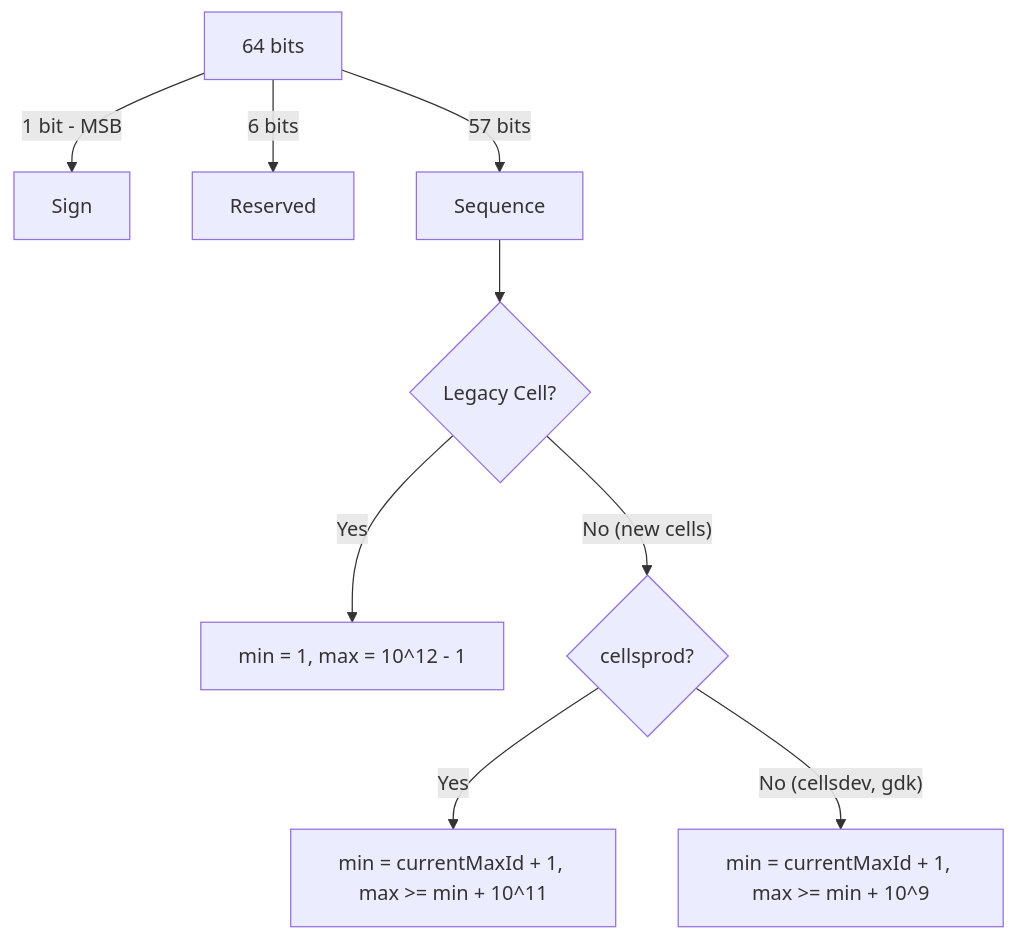
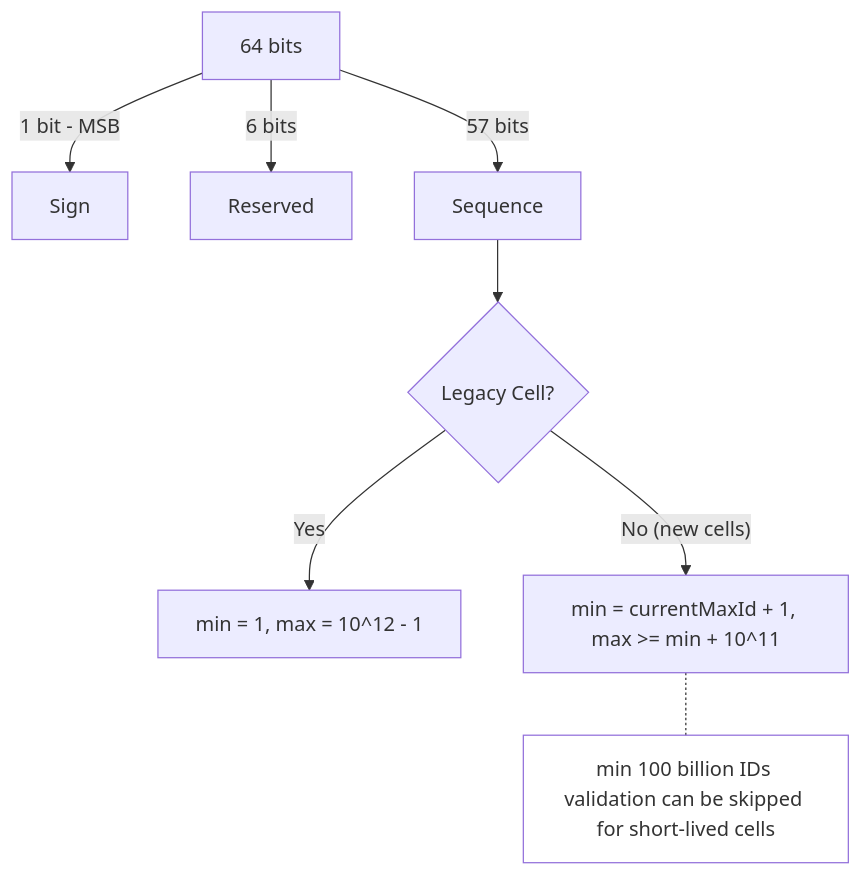
One commit to zalyoung/gitlab-handbook changed the second of 9 diagrams in content/handbook/engineering/architecture/design-documents/cells/topology_service.md. Above: the diagram before and after it, drawn with Mermaid. The commit also changed other lines of this file, not shown here.

````diff
--- a/content/handbook/engineering/architecture/design-documents/cells/topology_service.md
+++ b/content/handbook/engineering/architecture/design-documents/cells/topology_service.md
@@ -136,11 +136,11 @@
 ```mermaid
 flowchart TD
   A[64 bits] --> |1 bit - MSB| B[Sign]
   A -->|6 bits| C[Reserved]
   A -->|57 bits| D[Sequence]
   D --> E{Legacy Cell?}
-  E --> |Yes|F[min = 1, max = 10^12 - 1]
-  E --> |"No (new cells)"| G{cellsprod?}
-  G --> |Yes| H[min = currentMaxId + 1, max >= min + 10^11]
-  G --> |"No (cellsdev, gdk)"| I[min = currentMaxId + 1, max >= min + 10^9]
+  E --> |Yes| F[min = 1, max = 10^12 - 1]
+  E --> |"No (new cells)"| G[min = currentMaxId + 1, max >= min + 10^11]
+  G -.- N["min 100 billion IDs validation can be skipped for short-lived cells"]
+  style N fill:none
 ```
````
